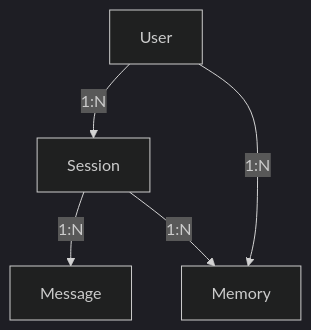
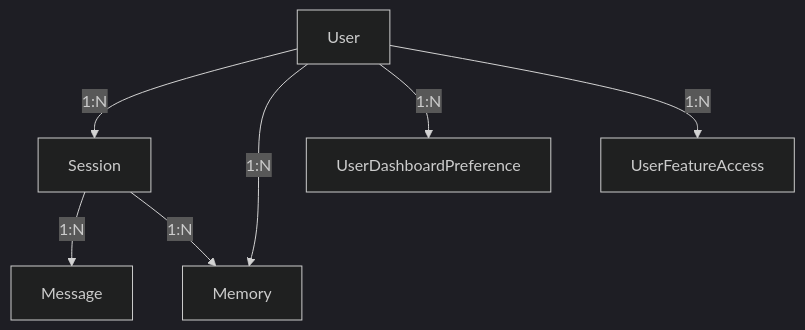
Before and after one commit to tekkno89/alfred-pa: the diagram in .claude/diagrams/database-erd.md, drawn with Mermaid (dark theme). The commit also changed other lines of this file and 30 other files, not shown here.

````diff
--- a/.claude/diagrams/database-erd.md
+++ b/.claude/diagrams/database-erd.md
@@ -5,7 +5,9 @@
 ```mermaid
 graph TD
     A[User] -->|1:N| B[Session]
     A -->|1:N| C[Memory]
+    A -->|1:N| E[UserDashboardPreference]
+    A -->|1:N| F[UserFeatureAccess]
     B -->|1:N| D[Message]
     B -->|1:N| C
 ```
````
